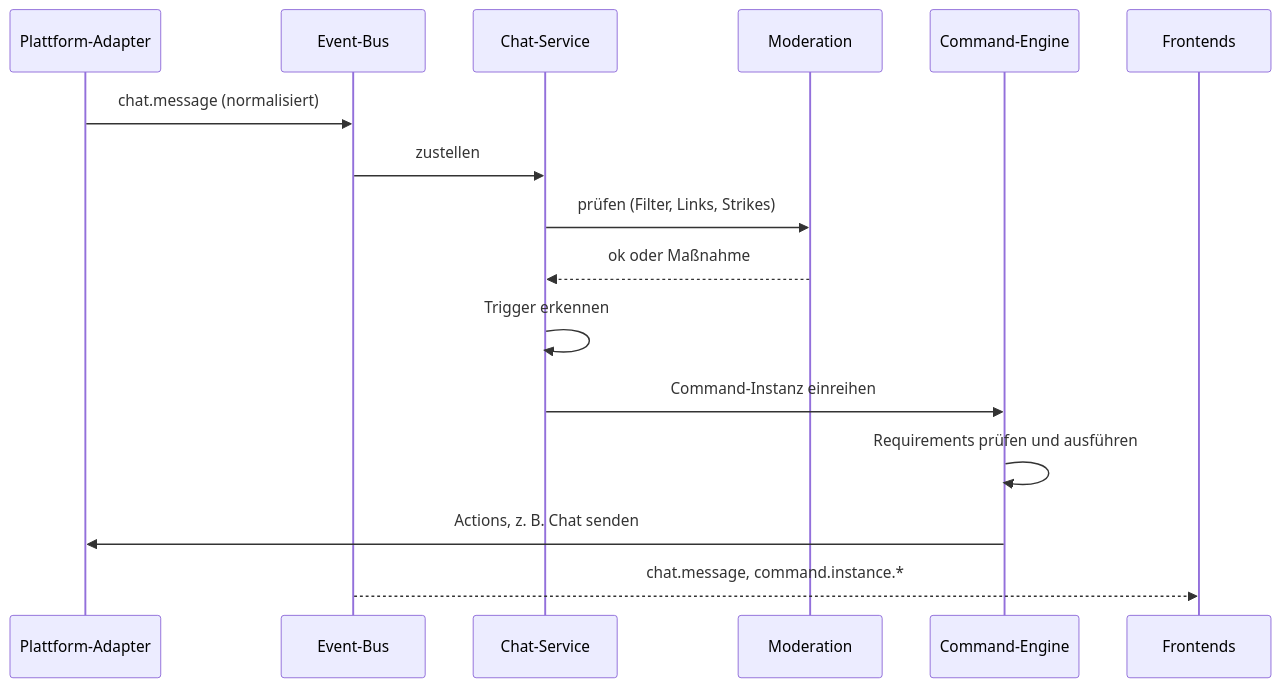
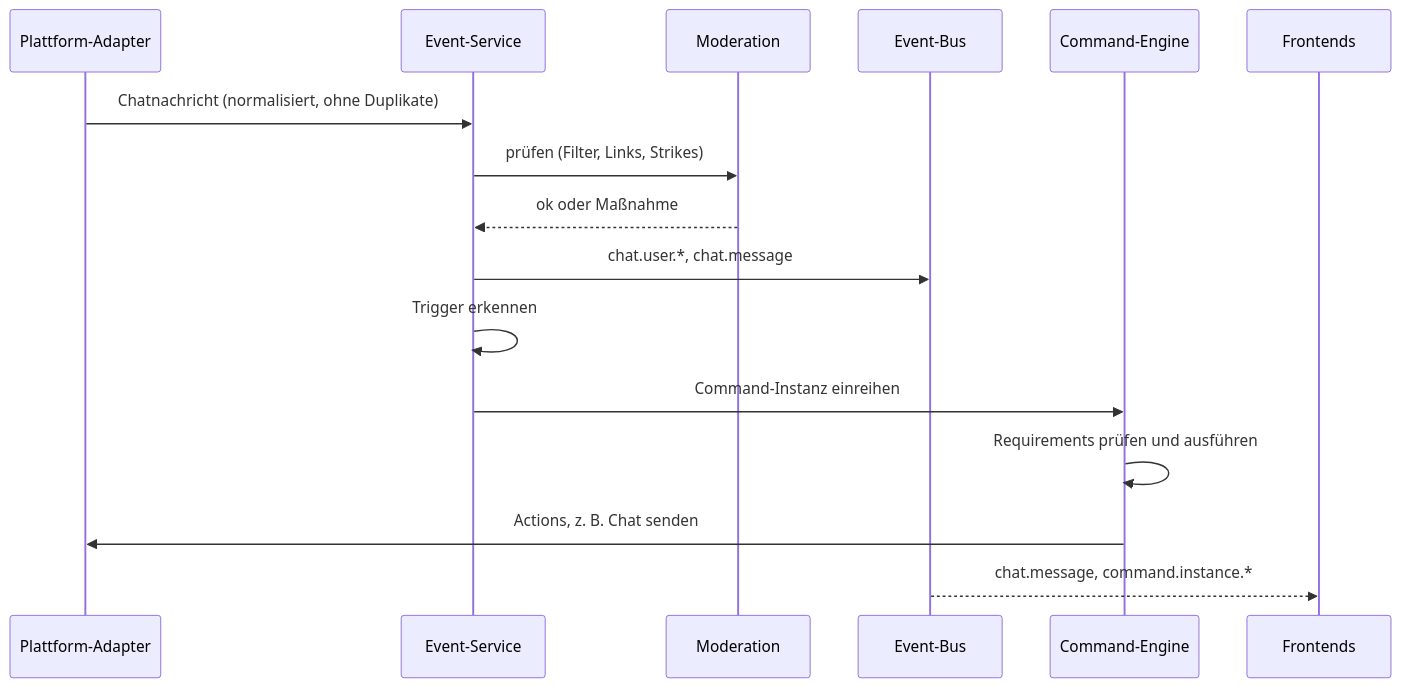
The second of 2 diagrams in docs/plan.md (ripmav/streamcrew), drawn with Mermaid before and after one commit. The commit also changed other lines of this file and 5 other files, not shown here.

````diff
--- a/docs/plan.md
+++ b/docs/plan.md
@@ -500,18 +501,18 @@
 ```mermaid
 sequenceDiagram
     participant P as Plattform-Adapter
+    participant C as Event-Service
+    participant M as Moderation
     participant B as Event-Bus
-    participant C as Chat-Service
-    participant M as Moderation
     participant E as Command-Engine
     participant F as Frontends
-    P->>B: chat.message (normalisiert)
-    B->>C: zustellen
+    P->>C: Chatnachricht (normalisiert, ohne Duplikate)
     C->>M: prüfen (Filter, Links, Strikes)
     M-->>C: ok oder Maßnahme
+    C->>B: chat.user.*, chat.message
     C->>C: Trigger erkennen
     C->>E: Command-Instanz einreihen
     E->>E: Requirements prüfen und ausführen
     E->>P: Actions, z. B. Chat senden
     B-->>F: chat.message, command.instance.*
 ```
````
